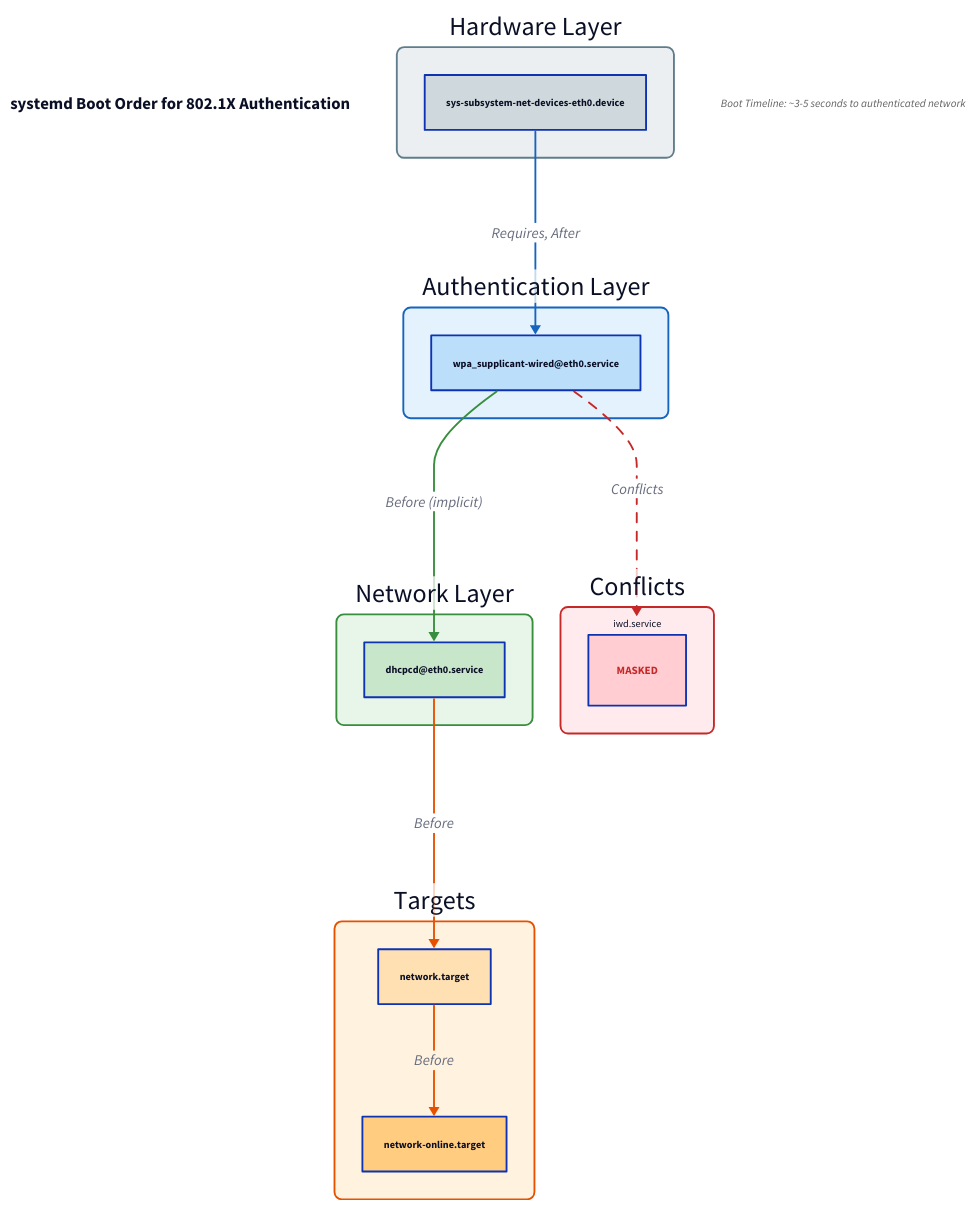
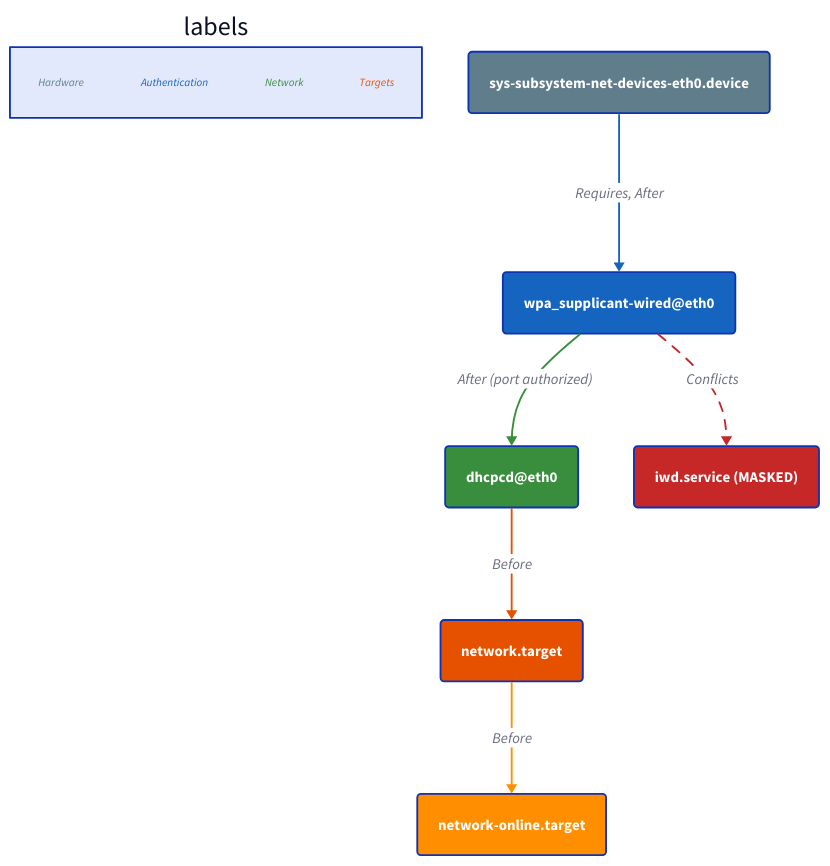
One commit to EvanusModestus/architectus-linux changed the diagram in docs/asciidoc/modules/ROOT/images/diagrams/systemd-boot-order.d2. Above: the diagram before and after it, drawn with D2. The commit also changed 7 other files, not shown here.

First line of the commit message:
content(eap-tls): add RFC reference, clean up D2 diagrams

```diff
--- a/docs/asciidoc/modules/ROOT/images/diagrams/systemd-boot-order.d2
+++ b/docs/asciidoc/modules/ROOT/images/diagrams/systemd-boot-order.d2
@@ -1,175 +1,140 @@
 # systemd Service Dependencies for 802.1X
-# Architectus Linux Documentation
 
 direction: down
 
-# Boot sequence
-title: systemd Boot Order for 802.1X Authentication {
-  shape: text
+# Clean vertical flow
+device: sys-subsystem-net-devices-eth0.device {
+  shape: rectangle
   style: {
-    font-size: 18
+    fill: "#607d8b"
+    font-color: white
     bold: true
+    border-radius: 4
   }
 }
 
-# Hardware layer
-hardware: Hardware Layer {
+wpa: wpa_supplicant-wired@eth0 {
+  shape: rectangle
   style: {
-    fill: "#eceff1"
-    stroke: "#607d8b"
-    border-radius: 8
-  }
-
-  device: sys-subsystem-net-devices-eth0.device {
-    shape: rectangle
-    style: {
-      fill: "#cfd8dc"
-      font-size: 11
-    }
-    desc: "Interface exists" {
-      shape: text
-      style: { font-size: 10; italic: true }
-    }
+    fill: "#1565c0"
+    font-color: white
+    bold: true
+    border-radius: 4
   }
 }
 
-# Authentication layer
-auth: Authentication Layer {
+dhcp: dhcpcd@eth0 {
+  shape: rectangle
   style: {
-    fill: "#e3f2fd"
-    stroke: "#1565c0"
-    border-radius: 8
-  }
-
-  wpa: wpa_supplicant-wired@eth0.service {
-    shape: rectangle
-    style: {
-      fill: "#bbdefb"
-      font-size: 11
-    }
-    desc: "802.1X EAP-TLS" {
-      shape: text
-      style: { font-size: 10; italic: true }
-    }
+    fill: "#388e3c"
+    font-color: white
+    bold: true
+    border-radius: 4
   }
 }
 
-# Network layer
-network: Network Layer {
+network_target: network.target {
+  shape: rectangle
   style: {
-    fill: "#e8f5e9"
-    stroke: "#388e3c"
-    border-radius: 8
-  }
-
-  dhcp: dhcpcd@eth0.service {
-    shape: rectangle
-    style: {
-      fill: "#c8e6c9"
-      font-size: 11
-    }
-    desc: "IP assignment" {
-      shape: text
-      style: { font-size: 10; italic: true }
-    }
+    fill: "#e65100"
+    font-color: white
+    bold: true
+    border-radius: 4
   }
 }
 
-# Target
-target: Targets {
+online_target: network-online.target {
+  shape: rectangle
   style: {
-    fill: "#fff3e0"
-    stroke: "#e65100"
-    border-radius: 8
-  }
-
-  net_target: network.target {
-    shape: rectangle
-    style: {
-      fill: "#ffe0b2"
-      font-size: 11
-    }
-  }
-
-  online: network-online.target {
-    shape: rectangle
-    style: {
-      fill: "#ffcc80"
-      font-size: 11
-    }
-    desc: "Full connectivity" {
-      shape: text
-      style: { font-size: 10; italic: true }
-    }
+    fill: "#ff8f00"
+    font-color: white
+    bold: true
+    border-radius: 4
   }
 }
 
-# Dependencies
-hardware.device -> auth.wpa: "Requires, After" {
+# Dependency chain
+device -> wpa: "Requires, After" {
   style: {
     stroke: "#1565c0"
     stroke-width: 2
   }
 }
 
-auth.wpa -> network.dhcp: "Before (implicit)" {
+wpa -> dhcp: "After (port authorized)" {
   style: {
     stroke: "#388e3c"
     stroke-width: 2
   }
 }
 
-network.dhcp -> target.net_target: "Before" {
+dhcp -> network_target: "Before" {
   style: {
     stroke: "#e65100"
     stroke-width: 2
   }
 }
 
-target.net_target -> target.online: "Before" {
+network_target -> online_target: "Before" {
   style: {
-    stroke: "#e65100"
+    stroke: "#ff8f00"
+    stroke-width: 2
   }
 }
 
-# Conflict indication
-conflicts: Conflicts {
+# Conflict - positioned to the side
+iwd: iwd.service (MASKED) {
+  shape: rectangle
   style: {
-    fill: "#ffebee"
+    fill: "#c62828"
+    font-color: white
+    bold: true
+    border-radius: 4
+  }
+}
+
+wpa -> iwd: "Conflicts" {
+  style: {
     stroke: "#c62828"
-    border-radius: 8
+    stroke-dash: 5
+    stroke-width: 2
   }
+}
 
-  iwd: iwd.service {
-    shape: rectangle
+# Layer labels (legend)
+labels: {
+  direction: down
+
+  l1: Hardware {
+    shape: text
     style: {
-      fill: "#ffcdd2"
-      font-size: 11
+      font-size: 12
+      italic: true
+      font-color: "#607d8b"
     }
-    status: "MASKED" {
-      shape: text
-      style: {
-        font-size: 12
-        font-color: "#c62828"
-        bold: true
-      }
+  }
+  l2: Authentication {
+    shape: text
+    style: {
+      font-size: 12
+      italic: true
+      font-color: "#1565c0"
+    }
+  }
+  l3: Network {
+    shape: text
+    style: {
+      font-size: 12
+      italic: true
+      font-color: "#388e3c"
+    }
+  }
+  l4: Targets {
+    shape: text
+    style: {
+      font-size: 12
+      italic: true
+      font-color: "#e65100"
     }
   }
 }
-
-auth.wpa -> conflicts.iwd: "Conflicts" {
-  style: {
-    stroke: "#c62828"
-    stroke-dash: 5
-  }
-}
-
-# Timeline annotation
-timeline: "Boot Timeline: ~3-5 seconds to authenticated network" {
-  shape: text
-  style: {
-    font-size: 12
-    italic: true
-    font-color: "#616161"
-  }
-}
```
